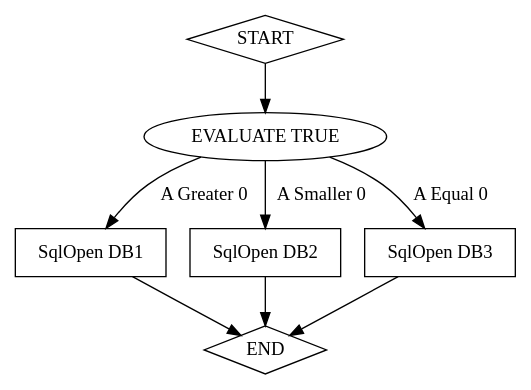
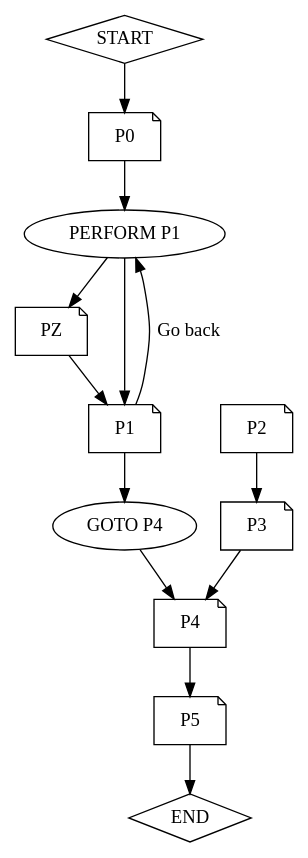
The diagram in doctest-output/test.gvz.gv (CelineDknp/SemiParsingCFG), drawn with Graphviz before and after one commit. The commit also changed 34 other files, not shown here.

Commit message:
graph generation from parsed XML

```diff
--- a/doctest-output/test.gvz.gv
+++ b/doctest-output/test.gvz.gv
@@ -1,21 +1,36 @@
 digraph "test.gvz" {
 	node [shape=diamond]
 	0 [label=START]
+	node [shape=note]
+	1 [label=P0]
 	node [shape=ellipse]
-	1 [label="EVALUATE TRUE"]
-	node [shape=box]
-	2 [label="SqlOpen DB1"]
-	node [shape=box]
-	3 [label="SqlOpen DB2"]
-	node [shape=box]
-	4 [label="SqlOpen DB3"]
+	2 [label="PERFORM P1"]
+	node [shape=note]
+	3 [label=PZ]
+	node [shape=note]
+	4 [label=P1]
+	node [shape=ellipse]
+	5 [label="GOTO P4"]
+	node [shape=note]
+	6 [label=P2]
+	node [shape=note]
+	7 [label=P3]
+	node [shape=note]
+	8 [label=P4]
+	node [shape=note]
+	9 [label=P5]
 	node [shape=diamond]
-	6 [label=END]
+	10 [label=END]
 	0 -> 1
-	1 -> 2 [label="A Greater 0"]
-	1 -> 3 [label="A Smaller 0"]
-	1 -> 4 [label="A Equal 0"]
-	2 -> 6
-	3 -> 6
-	4 -> 6
+	1 -> 2
+	2 -> 3
+	2 -> 4
+	4 -> 2 [label="Go back"]
+	3 -> 4
+	4 -> 5
+	5 -> 8
+	6 -> 7
+	7 -> 8
+	8 -> 9
+	9 -> 10
 }
```
